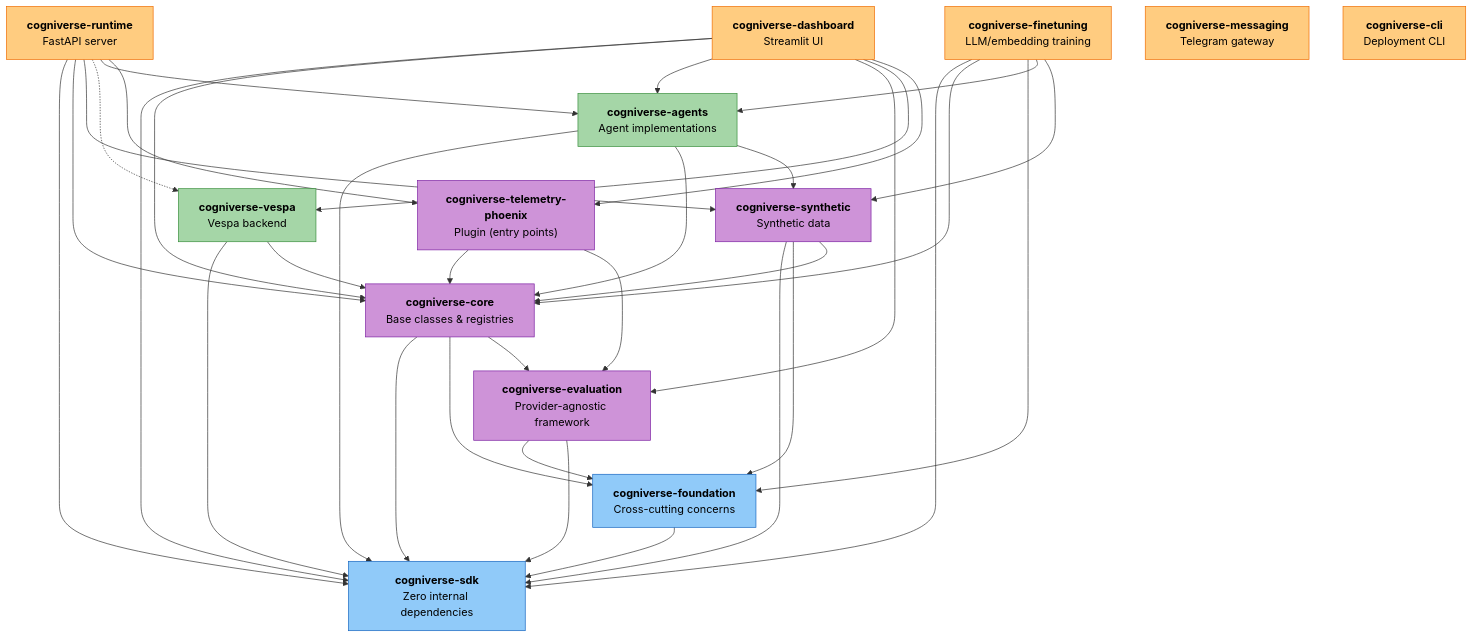
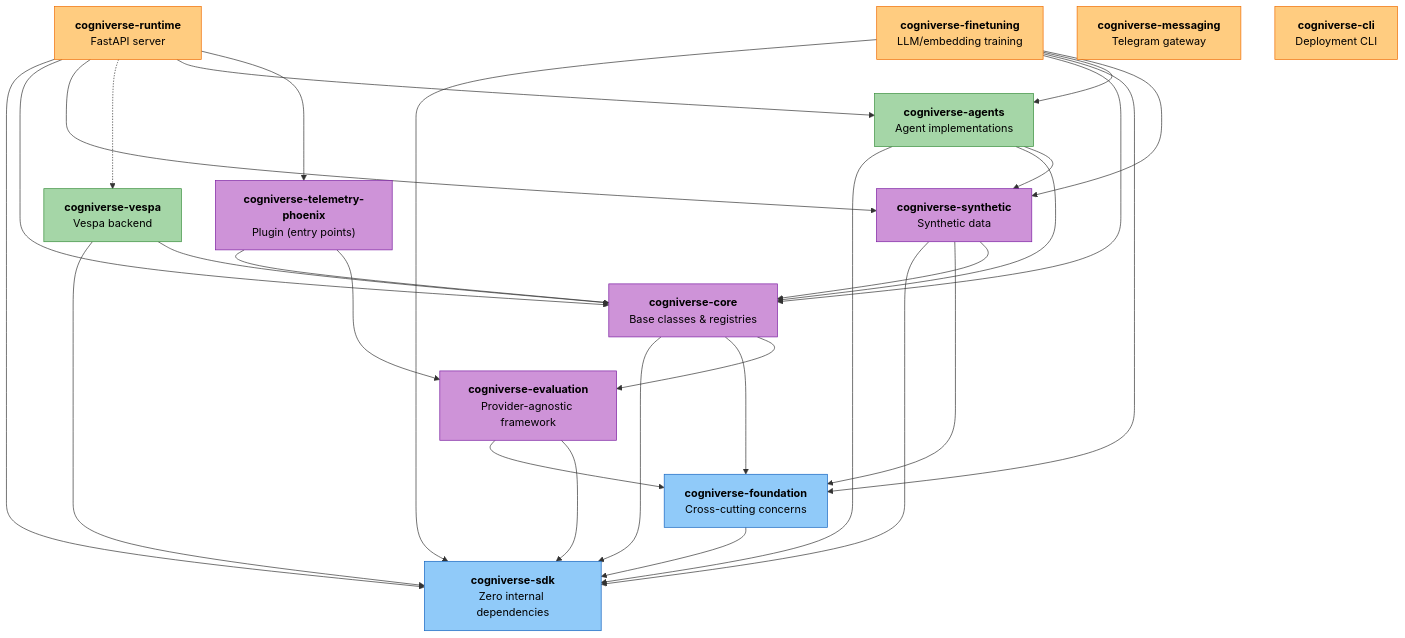
Before and after one commit to amit-jain/cogniverse: the diagram in docs/architecture/sdk-architecture.md, drawn with Mermaid. The commit also changed other lines of this file and 241 other files, not shown here.

First line of the commit message:
Remove the Streamlit dashboard

````diff
--- a/docs/architecture/sdk-architecture.md
+++ b/docs/architecture/sdk-architecture.md
@@ -676,77 +643,70 @@
 ```mermaid
 flowchart TD
     %% Foundation Layer
     sdk["<span style='color:#000'><b>cogniverse-sdk</b><br/>Zero internal dependencies</span>"]
     foundation["<span style='color:#000'><b>cogniverse-foundation</b><br/>Cross-cutting concerns</span>"]
 
     %% Core Layer
     evaluation["<span style='color:#000'><b>cogniverse-evaluation</b><br/>Provider-agnostic framework</span>"]
     core["<span style='color:#000'><b>cogniverse-core</b><br/>Base classes & registries</span>"]
     phoenix["<span style='color:#000'><b>cogniverse-telemetry-phoenix</b><br/>Plugin (entry points)</span>"]
 
     %% Core Layer (continued)
     synthetic["<span style='color:#000'><b>cogniverse-synthetic</b><br/>Synthetic data</span>"]
 
     %% Implementation Layer
     agents["<span style='color:#000'><b>cogniverse-agents</b><br/>Agent implementations</span>"]
     vespa["<span style='color:#000'><b>cogniverse-vespa</b><br/>Vespa backend</span>"]
 
     %% Application Layer
     runtime["<span style='color:#000'><b>cogniverse-runtime</b><br/>FastAPI server</span>"]
-    dashboard["<span style='color:#000'><b>cogniverse-dashboard</b><br/>Streamlit UI</span>"]
     finetuning["<span style='color:#000'><b>cogniverse-finetuning</b><br/>LLM/embedding training</span>"]
     messaging["<span style='color:#000'><b>cogniverse-messaging</b><br/>Telegram gateway</span>"]
     cli["<span style='color:#000'><b>cogniverse-cli</b><br/>Deployment CLI</span>"]
 
     %% Foundation Layer dependencies (foundation depends on sdk)
     foundation --> sdk
 
     %% Core Layer dependencies
     evaluation --> foundation
     evaluation --> sdk
     core --> sdk
     core --> foundation
     core --> evaluation
     phoenix --> core
     phoenix --> evaluation
     synthetic --> sdk
     synthetic --> foundation
     synthetic --> core
 
     %% Implementation Layer dependencies
     agents --> sdk
     agents --> core
     agents --> synthetic
     vespa --> sdk
     vespa --> core
 
     %% Application Layer dependencies
     runtime --> sdk
     runtime --> core
     runtime --> synthetic
     runtime -.-> vespa
     runtime --> agents
     runtime --> phoenix
-    dashboard --> sdk
-    dashboard --> core
-    dashboard --> agents
-    dashboard --> evaluation
-    dashboard --> vespa
-    dashboard --> phoenix
     finetuning --> sdk
     finetuning --> core
     finetuning --> foundation
     finetuning --> agents
     finetuning --> synthetic
 
     %% Styling
     classDef foundationStyle fill:#90caf9,stroke:#1565c0,color:#000
     classDef coreStyle fill:#ce93d8,stroke:#7b1fa2,color:#000
     classDef implStyle fill:#a5d6a7,stroke:#388e3c,color:#000
     classDef appStyle fill:#ffcc80,stroke:#ef6c00,color:#000
 
     class sdk,foundation foundationStyle
     class evaluation,core,phoenix,synthetic coreStyle
     class agents,vespa implStyle
-    class runtime,dashboard,finetuning,messaging,cli appStyle
+    class runtime,finetuning,messaging,cli appStyle
 ```
````
